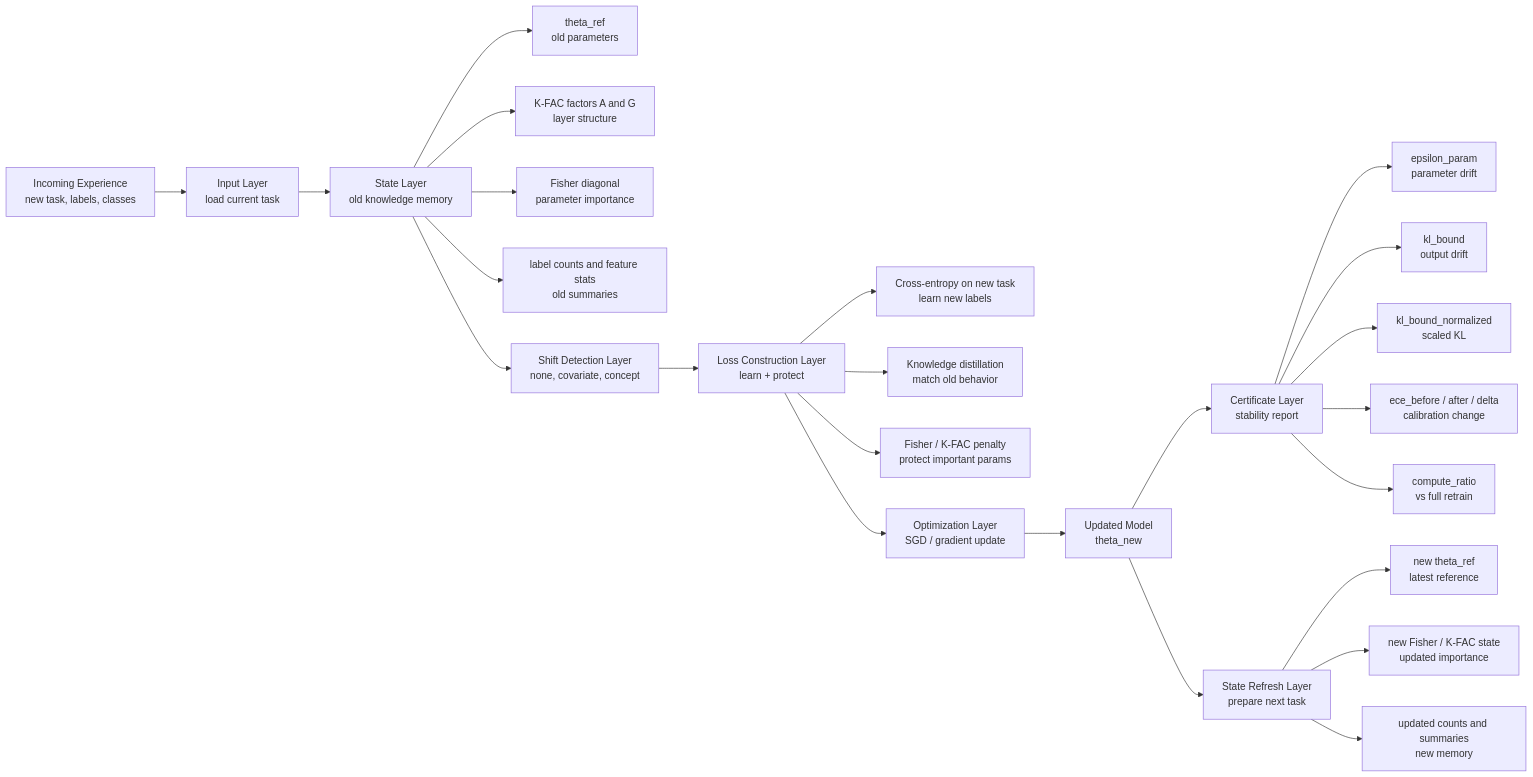
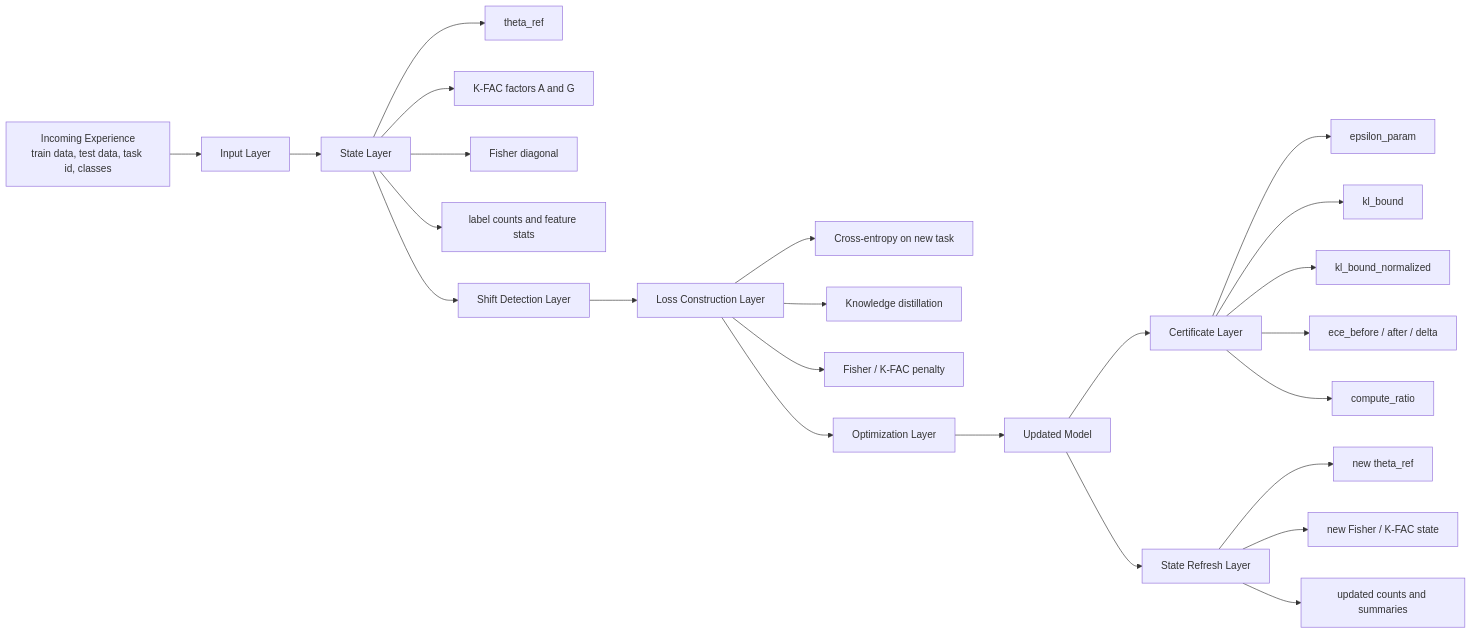
One commit to anikeaty08/MELD changed the first of 2 diagrams in docs/FULL_ARCHITECTURE.md. Above: the diagram before and after it, drawn with Mermaid. The commit also changed other lines of this file, not shown here.

````diff
--- a/docs/FULL_ARCHITECTURE.md
+++ b/docs/FULL_ARCHITECTURE.md
@@ -73,30 +39,30 @@
 ```mermaid
 flowchart LR
-    A["Incoming Experience<br/>new task, labels, classes"] --> B["Input Layer<br/>load current task"]
-    B --> C["State Layer<br/>old knowledge memory"]
-    C --> C1["theta_ref<br/>old parameters"]
-    C --> C2["K-FAC factors A and G<br/>layer structure"]
-    C --> C3["Fisher diagonal<br/>parameter importance"]
-    C --> C4["label counts and feature stats<br/>old summaries"]
+    A["Incoming Experience<br/>train data, test data, task id, classes"] --> B["Input Layer"]
+    B --> C["State Layer"]
+    C --> C1["theta_ref"]
+    C --> C2["K-FAC factors A and G"]
+    C --> C3["Fisher diagonal"]
+    C --> C4["label counts and feature stats"]
 
-    C --> D["Shift Detection Layer<br/>none, covariate, concept"]
-    D --> E["Loss Construction Layer<br/>learn + protect"]
-    E --> E1["Cross-entropy on new task<br/>learn new labels"]
-    E --> E2["Knowledge distillation<br/>match old behavior"]
-    E --> E3["Fisher / K-FAC penalty<br/>protect important params"]
+    C --> D["Shift Detection Layer"]
+    D --> E["Loss Construction Layer"]
+    E --> E1["Cross-entropy on new task"]
+    E --> E2["Knowledge distillation"]
+    E --> E3["Fisher / K-FAC penalty"]
 
-    E --> F["Optimization Layer<br/>SGD / gradient update"]
-    F --> G["Updated Model<br/>theta_new"]
+    E --> F["Optimization Layer"]
+    F --> G["Updated Model"]
 
-    G --> H["Certificate Layer<br/>stability report"]
-    H --> H1["epsilon_param<br/>parameter drift"]
-    H --> H2["kl_bound<br/>output drift"]
-    H --> H3["kl_bound_normalized<br/>scaled KL"]
-    H --> H4["ece_before / after / delta<br/>calibration change"]
-    H --> H5["compute_ratio<br/>vs full retrain"]
+    G --> H["Certificate Layer"]
+    H --> H1["epsilon_param"]
+    H --> H2["kl_bound"]
+    H --> H3["kl_bound_normalized"]
+    H --> H4["ece_before / after / delta"]
+    H --> H5["compute_ratio"]
 
-    G --> I["State Refresh Layer<br/>prepare next task"]
-    I --> I1["new theta_ref<br/>latest reference"]
-    I --> I2["new Fisher / K-FAC state<br/>updated importance"]
-    I --> I3["updated counts and summaries<br/>new memory"]
+    G --> I["State Refresh Layer"]
+    I --> I1["new theta_ref"]
+    I --> I2["new Fisher / K-FAC state"]
+    I --> I3["updated counts and summaries"]
 ```
````
